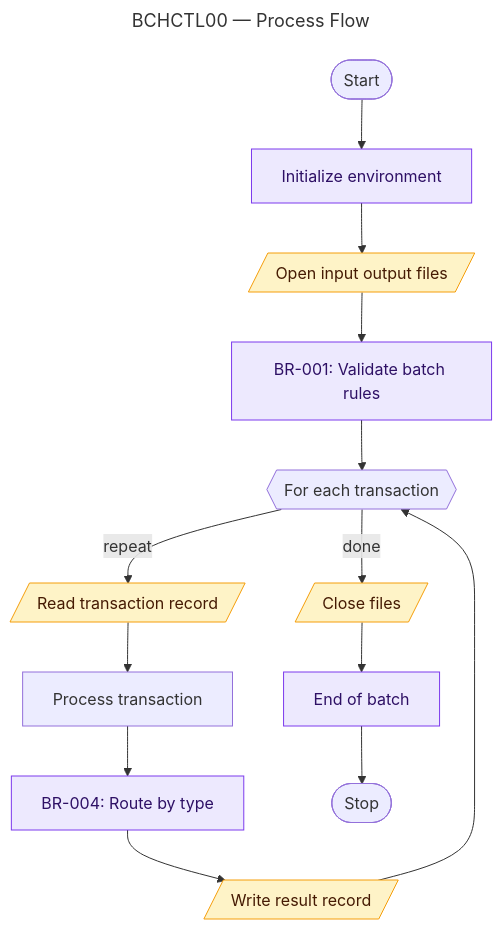
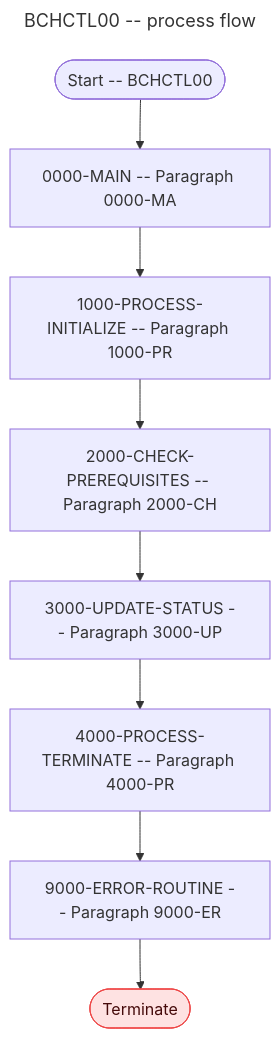
Before and after one commit to Udaradg/legacy-modernization-harness: the diagram in output/diagram/diagrams/flow_BCHCTL00.mmd, drawn with Mermaid. The commit also changed 202 other files, not shown here.

```diff
--- a/output/diagram/diagrams/flow_BCHCTL00.mmd
+++ b/output/diagram/diagrams/flow_BCHCTL00.mmd
@@ -1,43 +1,30 @@
 ---
-title: BCHCTL00 — Process Flow
+title: BCHCTL00 -- process flow
 ---
 flowchart TD
-  %% Generated by 6_diagram agent — sequence-builder skill
-  %% Program: BCHCTL00 (batch) — 7 paragraphs, 16 performs
+  %% Generated by 6_diagram agent -- sequence-builder skill
+  %% Program: BCHCTL00 -- 6 paragraphs
 
   classDef rule     fill:#ede9fe,stroke:#7c3aed,color:#2e1065
-  classDef ioOp     fill:#fef3c7,stroke:#f59e0b,color:#451a03
-  classDef deadCode fill:#fee2e2,stroke:#ef4444,color:#450a0a
+  classDef io       fill:#fef3c7,stroke:#f59e0b,color:#451a03
+  classDef terminal fill:#fee2e2,stroke:#ef4444,color:#450a0a
+  classDef deadCode fill:#f3f4f6,stroke:#9ca3af,color:#9ca3af,stroke-dasharray:5 5
+  classDef loop     fill:#d1fae5,stroke:#10b981,color:#064e3b
 
-  START([Start])
-  INIT[Initialize environment]:::rule
-  OPEN_FILES[/"Open input output files"/]:::ioOp
-  
-  NOTE1["BR-001: Validate batch rules"]:::rule
-  
-  MAIN_LOOP{{For each transaction}}
-  READ_REC[/"Read transaction record"/]:::ioOp
-  
-  PROCESS["Process transaction"]
-  NOTE2["BR-004: Route by type"]:::rule
-  
-  WRITE_REC[/"Write result record"/]:::ioOp
-  
-  CLOSE_FILES[/"Close files"/]:::ioOp
-  FINAL["End of batch"]:::rule
-  END([Stop])
+  START(["Start -- BCHCTL00"])
+  0000_MAIN["0000-MAIN -- Paragraph 0000-MA"]
+  1000_PROCESS_INITIALIZE["1000-PROCESS-INITIALIZE -- Paragraph 1000-PR"]
+  2000_CHECK_PREREQUISITES["2000-CHECK-PREREQUISITES -- Paragraph 2000-CH"]
+  3000_UPDATE_STATUS["3000-UPDATE-STATUS -- Paragraph 3000-UP"]
+  4000_PROCESS_TERMINATE["4000-PROCESS-TERMINATE -- Paragraph 4000-PR"]
+  9000_ERROR_ROUTINE["9000-ERROR-ROUTINE -- Paragraph 9000-ER"]
 
-  START --> INIT
-  INIT --> OPEN_FILES
-  OPEN_FILES --> NOTE1
-  NOTE1 --> MAIN_LOOP
-  
-  MAIN_LOOP -->|repeat| READ_REC
-  READ_REC --> PROCESS
-  PROCESS --> NOTE2
-  NOTE2 --> WRITE_REC
-  WRITE_REC --> MAIN_LOOP
-  
-  MAIN_LOOP -->|done| CLOSE_FILES
-  CLOSE_FILES --> FINAL
-  FINAL --> END
+  TERMINAL(["Terminate"]):::terminal
+
+  START --> 0000_MAIN
+  0000_MAIN --> 1000_PROCESS_INITIALIZE
+  1000_PROCESS_INITIALIZE --> 2000_CHECK_PREREQUISITES
+  2000_CHECK_PREREQUISITES --> 3000_UPDATE_STATUS
+  3000_UPDATE_STATUS --> 4000_PROCESS_TERMINATE
+  4000_PROCESS_TERMINATE --> 9000_ERROR_ROUTINE
+  9000_ERROR_ROUTINE --> TERMINAL
```
